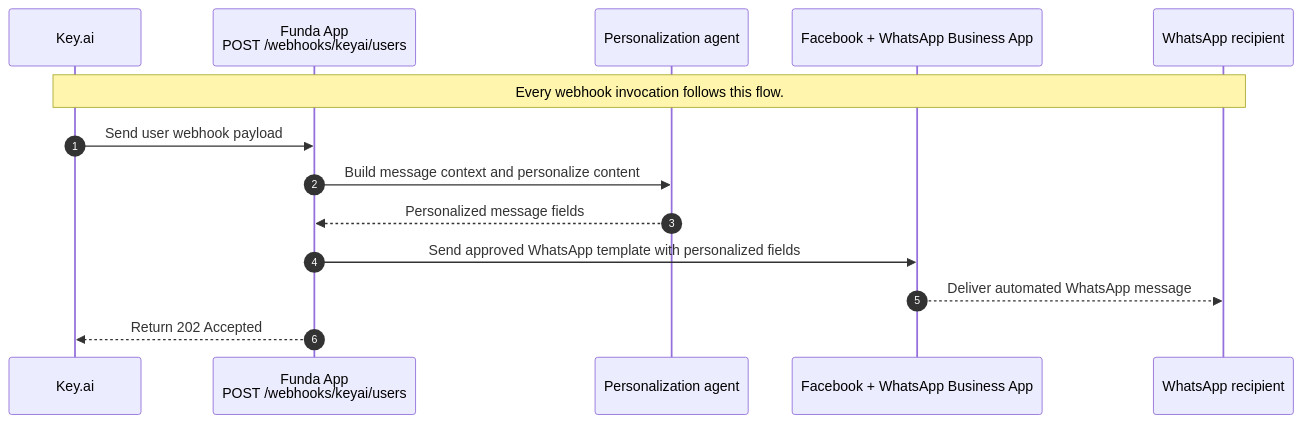
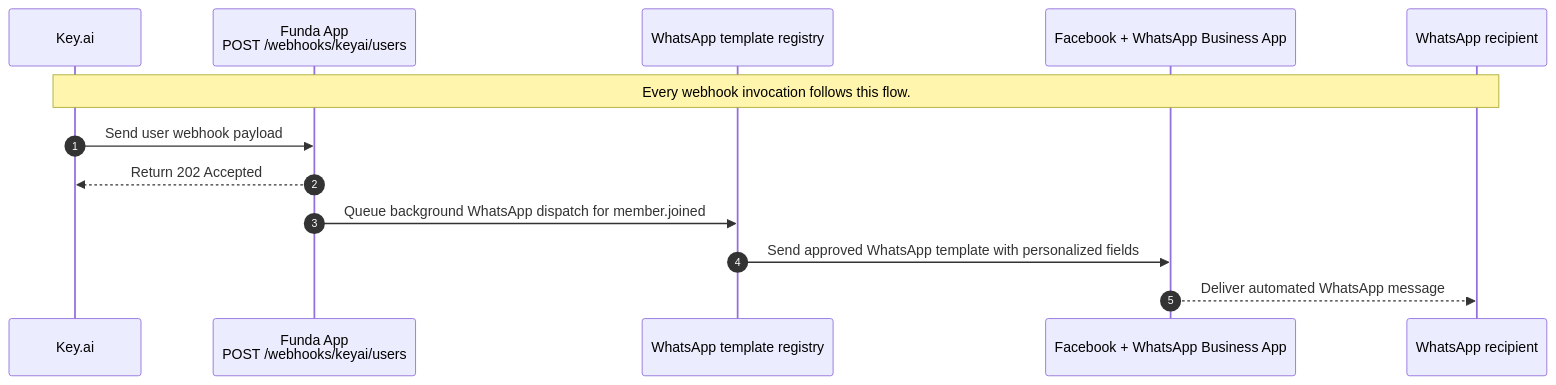
One commit to eshaanv/funda-app changed the diagram in docs/architecture.md. Above: the diagram before and after it, drawn with Mermaid. The commit also changed 17 other files, not shown here.

Commit message:
feat(webhooks): send joined WhatsApp template

````diff
--- a/docs/architecture.md
+++ b/docs/architecture.md
@@ -5,17 +5,16 @@
 ```mermaid
 sequenceDiagram
     autonumber
     participant KeyAI as Key.ai
     participant Endpoint as Funda App<br/>POST /webhooks/keyai/users
-    participant Agent as Personalization agent
+    participant Registry as WhatsApp template registry
     participant WABA as Facebook + WhatsApp Business App
     participant Recipient as WhatsApp recipient
 
     Note over KeyAI,Recipient: Every webhook invocation follows this flow.
     KeyAI->>Endpoint: Send user webhook payload
-    Endpoint->>Agent: Build message context and personalize content
-    Agent-->>Endpoint: Personalized message fields
-    Endpoint->>WABA: Send approved WhatsApp template with personalized fields
+    Endpoint-->>KeyAI: Return 202 Accepted
+    Endpoint->>Registry: Queue background WhatsApp dispatch for member.joined
+    Registry->>WABA: Send approved WhatsApp template with personalized fields
     WABA-->>Recipient: Deliver automated WhatsApp message
-    Endpoint-->>KeyAI: Return 202 Accepted
 ```
````
